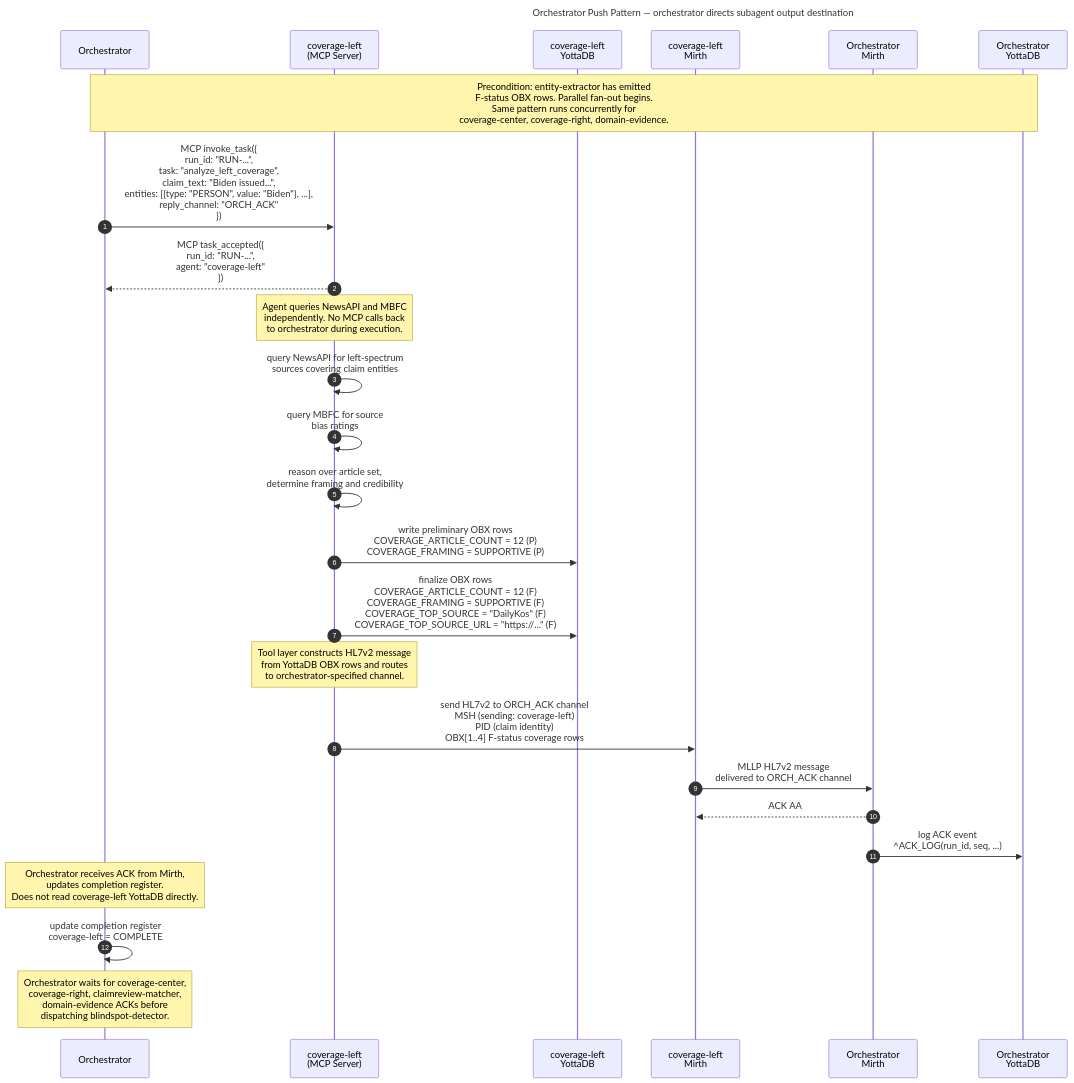
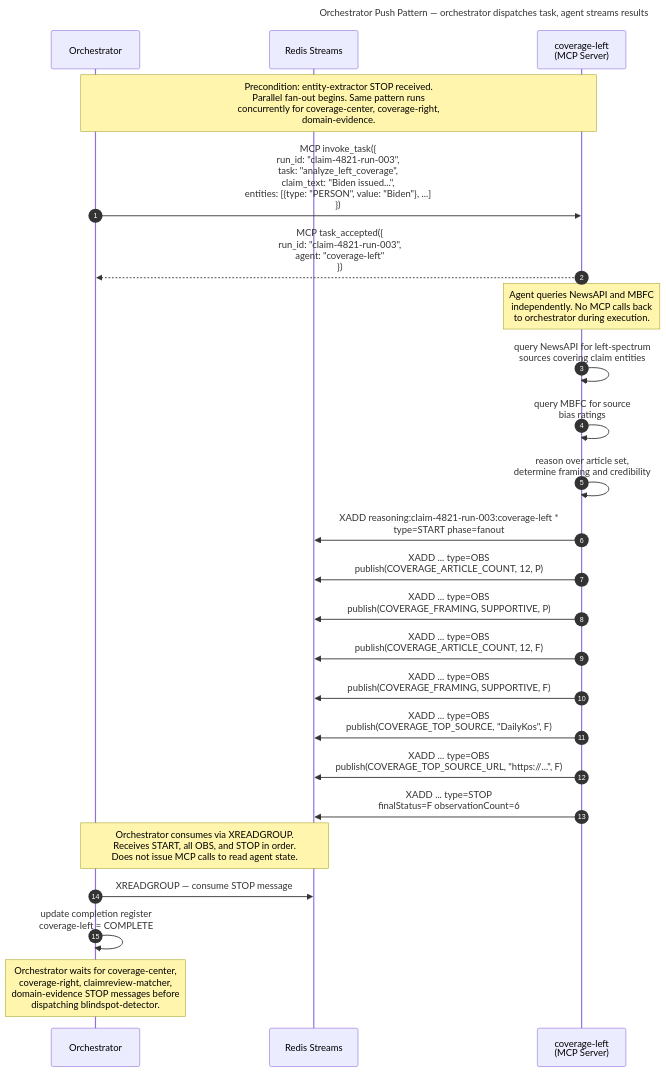
Before and after one commit to jzallen/swarm-reasoning: the diagram in docs/diagrams/sequence/seq-orchestrator-push.mermaid, drawn with Mermaid. The commit also changed 16 other files, not shown here.

First line of the commit message:
refactor(arch): replace HL7v2/YottaDB/Mirth with JSON/Redis Streams

```diff
--- a/docs/diagrams/sequence/seq-orchestrator-push.mermaid
+++ b/docs/diagrams/sequence/seq-orchestrator-push.mermaid
@@ -1,46 +1,43 @@
 ---
-title: Orchestrator Push Pattern — orchestrator directs subagent output destination
+title: Orchestrator Push Pattern — orchestrator dispatches task, agent streams results
 ---
 sequenceDiagram
     autonumber
 
     participant ORC as Orchestrator
+    participant REDIS as Redis Streams
     participant CL as coverage-left<br/>(MCP Server)
-    participant CL_YDB as coverage-left<br/>YottaDB
-    participant CL_MIRTH as coverage-left<br/>Mirth
-    participant OMIRTH as Orchestrator<br/>Mirth
-    participant OYDB as Orchestrator<br/>YottaDB
 
-    Note over ORC,OYDB: Precondition: entity-extractor has emitted<br/>F-status OBX rows. Parallel fan-out begins.<br/>Same pattern runs concurrently for<br/>coverage-center, coverage-right, domain-evidence.
+    Note over ORC,CL: Precondition: entity-extractor STOP received.<br/>Parallel fan-out begins. Same pattern runs<br/>concurrently for coverage-center, coverage-right,<br/>domain-evidence.
 
-    ORC->>CL: MCP invoke_task({<br/>  run_id: "RUN-...",<br/>  task: "analyze_left_coverage",<br/>  claim_text: "Biden issued...",<br/>  entities: [{type: "PERSON", value: "Biden"}, ...],<br/>  reply_channel: "ORCH_ACK"<br/>})
+    ORC->>CL: MCP invoke_task({<br/>  run_id: "claim-4821-run-003",<br/>  task: "analyze_left_coverage",<br/>  claim_text: "Biden issued...",<br/>  entities: [{type: "PERSON", value: "Biden"}, ...]<br/>})
 
-    CL-->>ORC: MCP task_accepted({<br/>  run_id: "RUN-...",<br/>  agent: "coverage-left"<br/>})
+    CL-->>ORC: MCP task_accepted({<br/>  run_id: "claim-4821-run-003",<br/>  agent: "coverage-left"<br/>})
 
     Note over CL: Agent queries NewsAPI and MBFC<br/>independently. No MCP calls back<br/>to orchestrator during execution.
 
     CL->>CL: query NewsAPI for left-spectrum<br/>sources covering claim entities
 
     CL->>CL: query MBFC for source<br/>bias ratings
 
     CL->>CL: reason over article set,<br/>determine framing and credibility
 
-    CL->>CL_YDB: write preliminary OBX rows<br/>COVERAGE_ARTICLE_COUNT = 12 (P)<br/>COVERAGE_FRAMING = SUPPORTIVE (P)
+    CL->>REDIS: XADD reasoning:claim-4821-run-003:coverage-left *<br/>type=START phase=fanout
 
-    CL->>CL_YDB: finalize OBX rows<br/>COVERAGE_ARTICLE_COUNT = 12 (F)<br/>COVERAGE_FRAMING = SUPPORTIVE (F)<br/>COVERAGE_TOP_SOURCE = "DailyKos" (F)<br/>COVERAGE_TOP_SOURCE_URL = "https://..." (F)
+    CL->>REDIS: XADD ... type=OBS<br/>publish(COVERAGE_ARTICLE_COUNT, 12, P)
+    CL->>REDIS: XADD ... type=OBS<br/>publish(COVERAGE_FRAMING, SUPPORTIVE, P)
 
-    Note over CL: Tool layer constructs HL7v2 message<br/>from YottaDB OBX rows and routes<br/>to orchestrator-specified channel.
+    CL->>REDIS: XADD ... type=OBS<br/>publish(COVERAGE_ARTICLE_COUNT, 12, F)
+    CL->>REDIS: XADD ... type=OBS<br/>publish(COVERAGE_FRAMING, SUPPORTIVE, F)
+    CL->>REDIS: XADD ... type=OBS<br/>publish(COVERAGE_TOP_SOURCE, "DailyKos", F)
+    CL->>REDIS: XADD ... type=OBS<br/>publish(COVERAGE_TOP_SOURCE_URL, "https://...", F)
 
-    CL->>CL_MIRTH: send HL7v2 to ORCH_ACK channel<br/>MSH (sending: coverage-left)<br/>PID (claim identity)<br/>OBX[1..4] F-status coverage rows
+    CL->>REDIS: XADD ... type=STOP<br/>finalStatus=F observationCount=6
 
-    CL_MIRTH->>OMIRTH: MLLP HL7v2 message<br/>delivered to ORCH_ACK channel
+    Note over ORC,REDIS: Orchestrator consumes via XREADGROUP.<br/>Receives START, all OBS, and STOP in order.<br/>Does not issue MCP calls to read agent state.
 
-    OMIRTH-->>CL_MIRTH: ACK AA
-
-    OMIRTH->>OYDB: log ACK event<br/>^ACK_LOG(run_id, seq, ...)
-
-    Note over ORC: Orchestrator receives ACK from Mirth,<br/>updates completion register.<br/>Does not read coverage-left YottaDB directly.
+    ORC->>REDIS: XREADGROUP — consume STOP message
 
     ORC->>ORC: update completion register<br/>coverage-left = COMPLETE
 
-    Note over ORC: Orchestrator waits for coverage-center,<br/>coverage-right, claimreview-matcher,<br/>domain-evidence ACKs before<br/>dispatching blindspot-detector.
+    Note over ORC: Orchestrator waits for coverage-center,<br/>coverage-right, claimreview-matcher,<br/>domain-evidence STOP messages before<br/>dispatching blindspot-detector.
```
